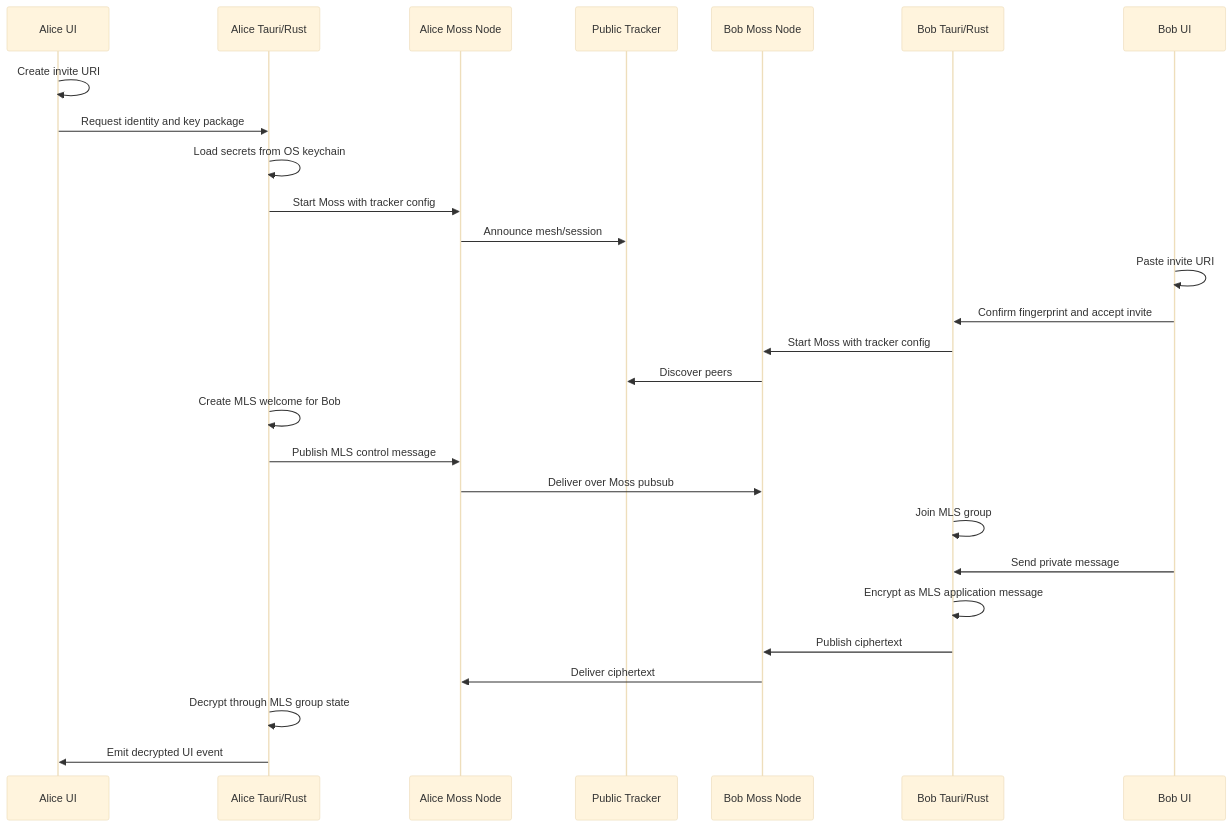
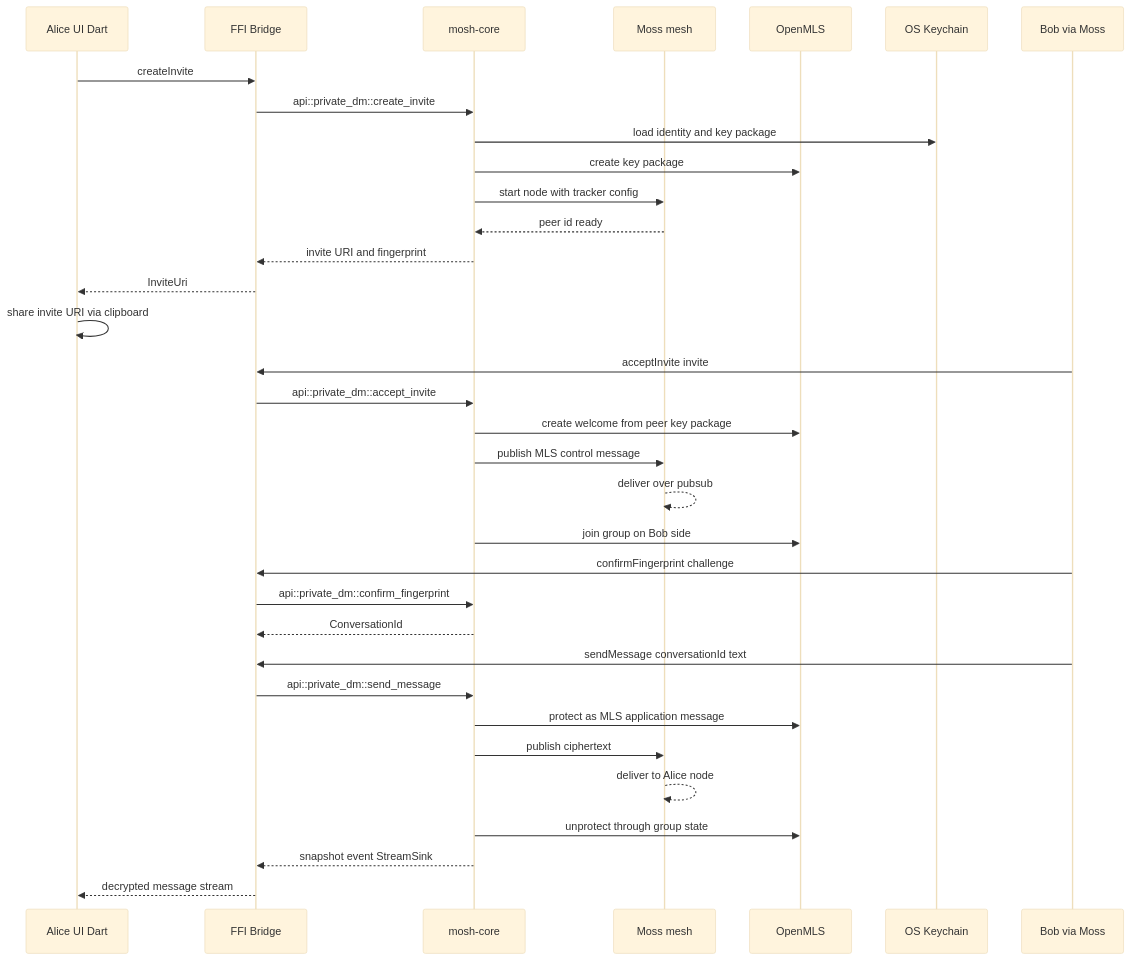
One commit to redstone-md/mosh-flutter changed the third of 4 diagrams in docs/Architecture.md. Above: the diagram before and after it, drawn with Mermaid (base theme). The commit also changed other lines of this file, not shown here.

First line of the commit message:
docs: replace architecture map with Flutter rewrite view

````diff
--- a/docs/Architecture.md
+++ b/docs/Architecture.md
@@ -55,30 +63,37 @@
 ```mermaid
 sequenceDiagram
-    participant Alice as Alice UI
-    participant AliceNative as Alice Tauri/Rust
-    participant MossA as Alice Moss Node
-    participant Tracker as Public Tracker
-    participant MossB as Bob Moss Node
-    participant BobNative as Bob Tauri/Rust
-    participant Bob as Bob UI
+    participant Alice as Alice UI Dart
+    participant Bridge as FFI Bridge
+    participant Core as mosh-core
+    participant Moss as Moss mesh
+    participant Mls as OpenMLS
+    participant Keychain as OS Keychain
+    participant Bob as Bob via Moss
 
-    Alice->>Alice: Create invite URI
-    Alice->>AliceNative: Request identity and key package
-    AliceNative->>AliceNative: Load secrets from OS keychain
-    AliceNative->>MossA: Start Moss with tracker config
-    MossA->>Tracker: Announce mesh/session
-    Bob->>Bob: Paste invite URI
-    Bob->>BobNative: Confirm fingerprint and accept invite
-    BobNative->>MossB: Start Moss with tracker config
-    MossB->>Tracker: Discover peers
-    AliceNative->>AliceNative: Create MLS welcome for Bob
-    AliceNative->>MossA: Publish MLS control message
-    MossA->>MossB: Deliver over Moss pubsub
-    BobNative->>BobNative: Join MLS group
-    Bob->>BobNative: Send private message
-    BobNative->>BobNative: Encrypt as MLS application message
-    BobNative->>MossB: Publish ciphertext
-    MossB->>MossA: Deliver ciphertext
-    AliceNative->>AliceNative: Decrypt through MLS group state
-    AliceNative->>Alice: Emit decrypted UI event
+    Alice->>Bridge: createInvite
+    Bridge->>Core: api::private_dm::create_invite
+    Core->>Keychain: load identity and key package
+    Core->>Mls: create key package
+    Core->>Moss: start node with tracker config
+    Moss-->>Core: peer id ready
+    Core-->>Bridge: invite URI and fingerprint
+    Bridge-->>Alice: InviteUri
+    Alice->>Alice: share invite URI via clipboard
+    Bob->>Bridge: acceptInvite invite
+    Bridge->>Core: api::private_dm::accept_invite
+    Core->>Mls: create welcome from peer key package
+    Core->>Moss: publish MLS control message
+    Moss-->>Moss: deliver over pubsub
+    Core->>Mls: join group on Bob side
+    Bob->>Bridge: confirmFingerprint challenge
+    Bridge->>Core: api::private_dm::confirm_fingerprint
+    Core-->>Bridge: ConversationId
+    Bob->>Bridge: sendMessage conversationId text
+    Bridge->>Core: api::private_dm::send_message
+    Core->>Mls: protect as MLS application message
+    Core->>Moss: publish ciphertext
+    Moss-->>Moss: deliver to Alice node
+    Core->>Mls: unprotect through group state
+    Core-->>Bridge: snapshot event StreamSink
+    Bridge-->>Alice: decrypted message stream
 ```
````
